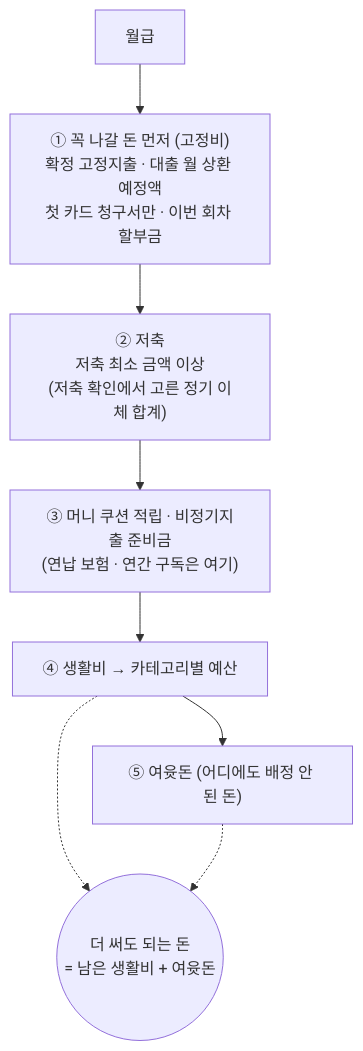
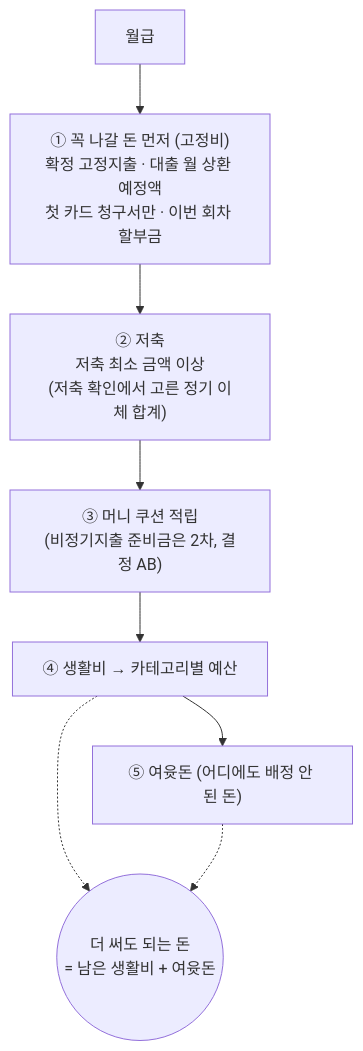
The second of 6 diagrams in docs/결정기록_2026-10-21.md (20260528-skn-family-ai-33/SKN33-Final-4Team), drawn with Mermaid before and after one commit. The commit also changed other lines of this file and 62 other files, not shown here.

Commit message:
2026.10.24/김나은/feat: 확정 API 명세를 DB·화면에 반영하고 ERD 산출물 갱신

````diff
--- a/docs/결정기록_2026-10-21.md
+++ b/docs/결정기록_2026-10-21.md
@@ -131,10 +131,10 @@
 ```mermaid
 flowchart TD
     A[월급] --> B["① 꼭 나갈 돈 먼저 (고정비)<br/>확정 고정지출 · 대출 월 상환 예정액<br/>첫 카드 청구서만 · 이번 회차 할부금"]
     B --> C["② 저축<br/>저축 최소 금액 이상<br/>(저축 확인에서 고른 정기 이체 합계)"]
-    C --> D["③ 머니 쿠션 적립 · 비정기지출 준비금<br/>(연납 보험 · 연간 구독은 여기)"]
+    C --> D["③ 머니 쿠션 적립<br/>(비정기지출 준비금은 2차, 결정 AB)"]
     D --> E["④ 생활비 → 카테고리별 예산"]
     E --> F["⑤ 여윳돈 (어디에도 배정 안 된 돈)"]
     E -.-> G(("더 써도 되는 돈<br/>= 남은 생활비 + 여윳돈"))
     F -.-> G
 ```
````
